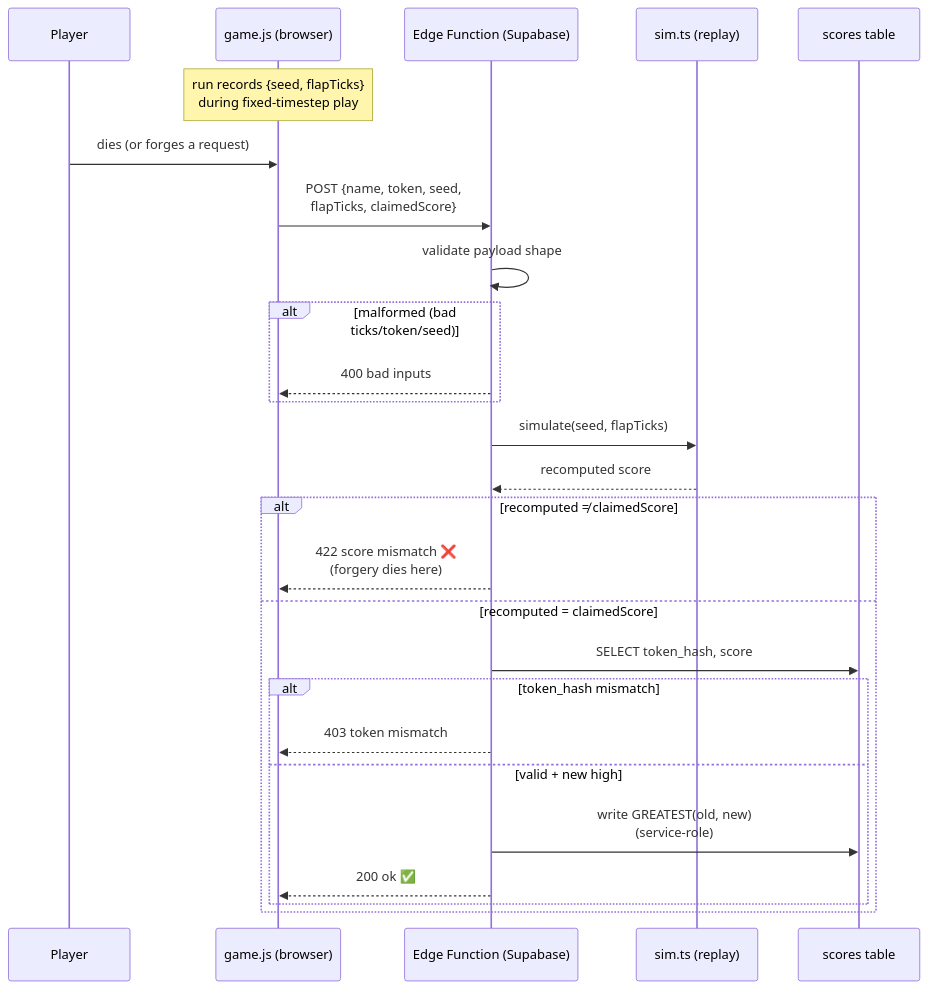
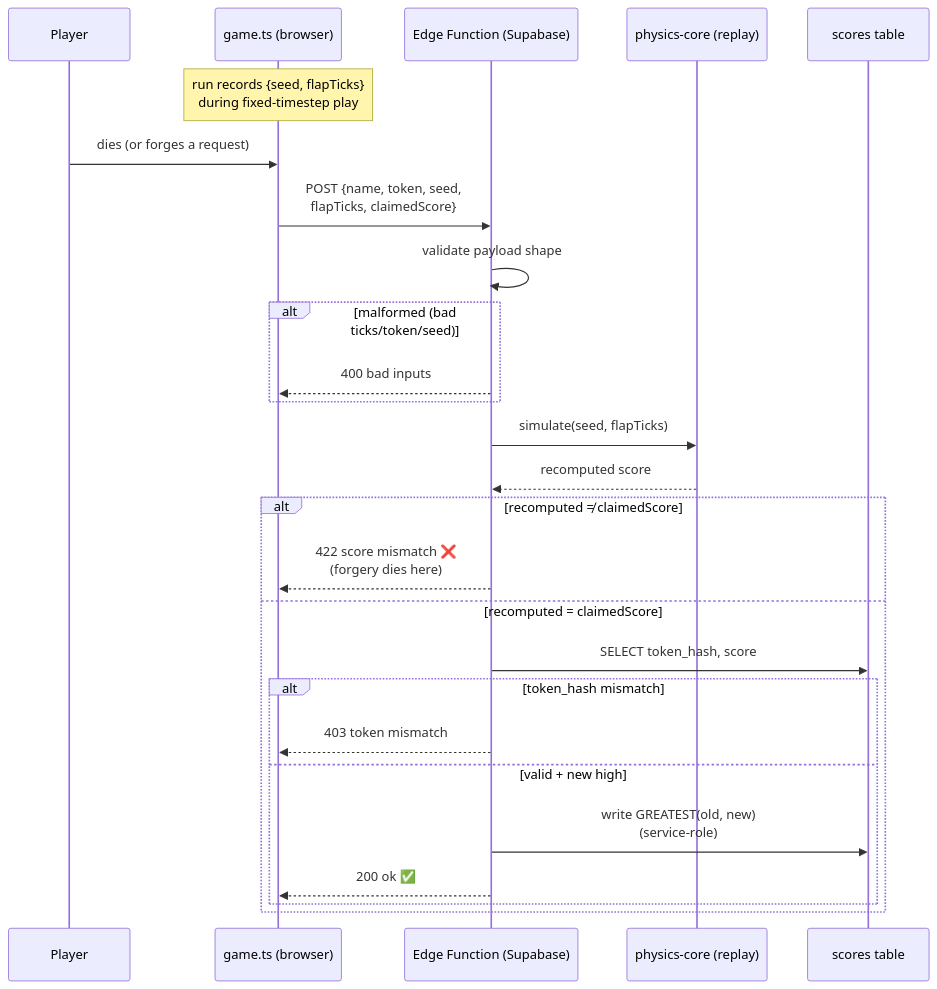
One commit to snowu/least-privlege-bird changed the second of 3 diagrams in supabase/ARCHITECTURE.md. Above: the diagram before and after it, drawn with Mermaid. The commit also changed other lines of this file and 19 other files, not shown here.

````diff
--- a/supabase/ARCHITECTURE.md
+++ b/supabase/ARCHITECTURE.md
@@ -90,32 +90,32 @@
 ```mermaid
 sequenceDiagram
     participant P as Player
-    participant G as game.js (browser)
+    participant G as game.ts (browser)
     participant E as Edge Function (Supabase)
-    participant S as sim.ts (replay)
+    participant S as physics-core (replay)
     participant DB as scores table
 
     Note over G: run records {seed, flapTicks}<br/>during fixed-timestep play
     P->>G: dies (or forges a request)
     G->>E: POST {name, token, seed,<br/>flapTicks, claimedScore}
 
     E->>E: validate payload shape
     alt malformed (bad ticks/token/seed)
         E-->>G: 400 bad inputs
     end
 
     E->>S: simulate(seed, flapTicks)
     S-->>E: recomputed score
 
     alt recomputed ≠ claimedScore
         E-->>G: 422 score mismatch ❌<br/>(forgery dies here)
     else recomputed = claimedScore
         E->>DB: SELECT token_hash, score
         alt token_hash mismatch
             E-->>G: 403 token mismatch
         else valid + new high
             E->>DB: write GREATEST(old, new)<br/>(service-role)
             E-->>G: 200 ok ✅
         end
     end
 ```
````
